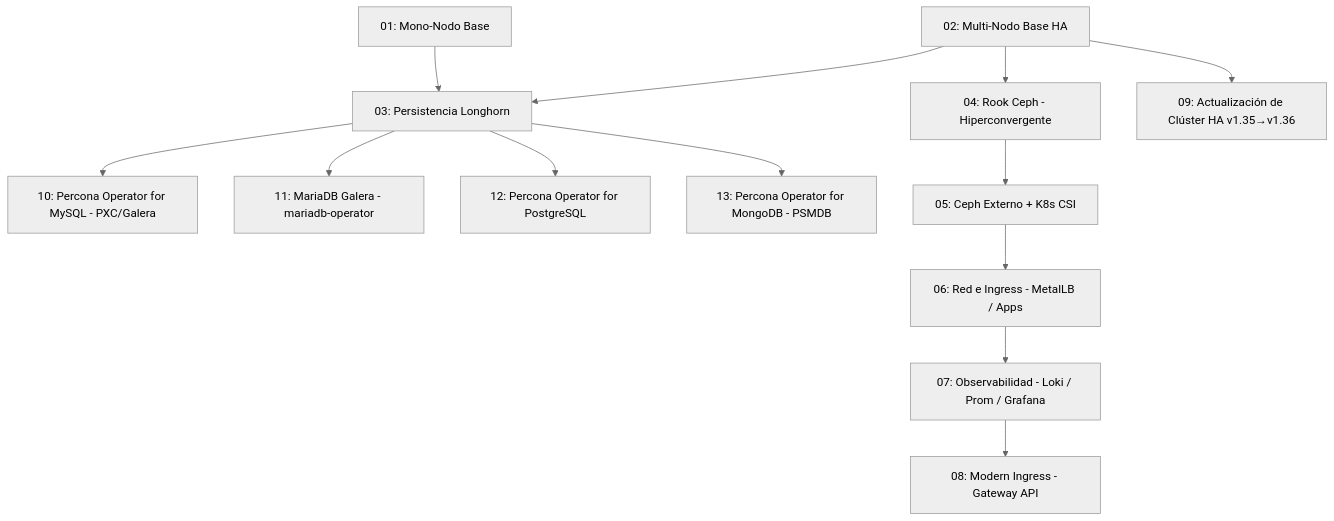
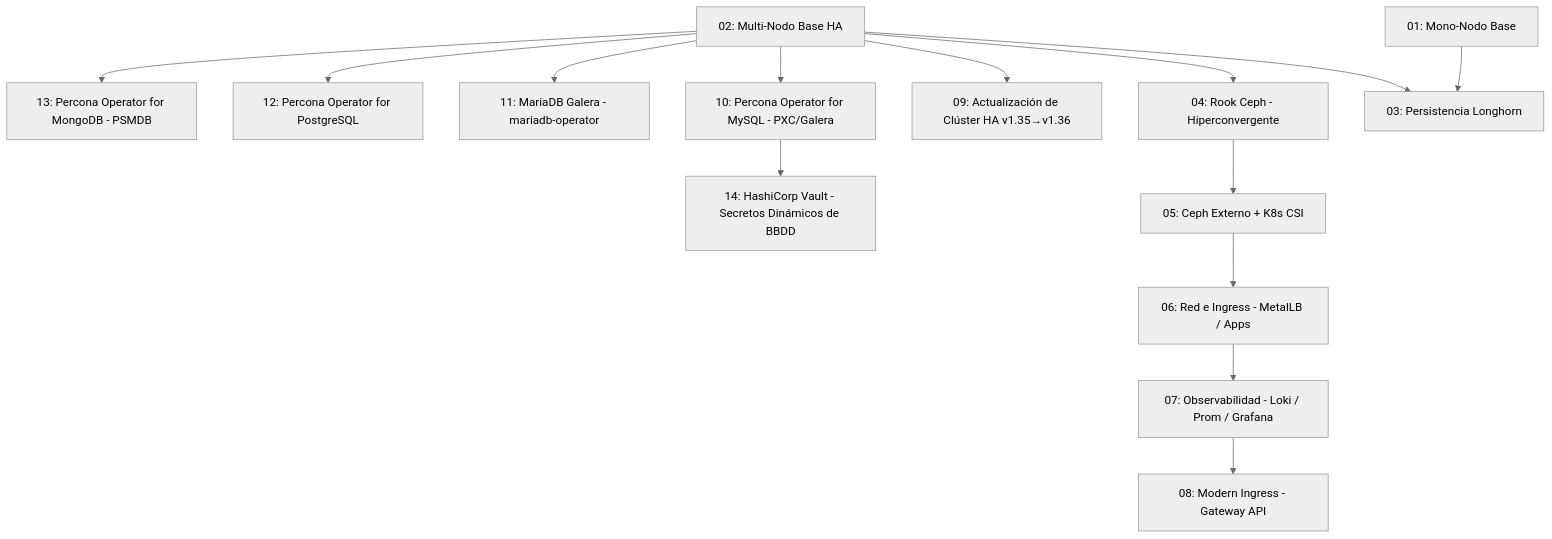
The diagram in ansible/PLAN.md (pepesan/ejemplos-kubernetes), drawn with Mermaid (neutral theme) before and after one commit. The commit also changed other lines of this file and 117 other files, not shown here.

First line of the commit message:
Añade laboratorios 10 (Percona XtraDB Cluster) y 11 (MariaDB Galera)

````diff
--- a/ansible/PLAN.md
+++ b/ansible/PLAN.md
@@ -37,15 +57,16 @@
 ```mermaid
 graph TD
     01[01: Mono-Nodo Base] --> 03[03: Persistencia Longhorn]
     02[02: Multi-Nodo Base HA] --> 03
     02 --> 04[04: Rook Ceph - Hiperconvergente]
     04 --> 05[05: Ceph Externo + K8s CSI]
     05 --> 06[06: Red e Ingress - MetalLB / Apps]
     06 --> 07[07: Observabilidad - Loki / Prom / Grafana]
     07 --> 08[08: Modern Ingress - Gateway API]
-    02 --> 09[09: Actualización de Clúster HA v1.35→v1.36]
-    03 --> 10[10: Percona Operator for MySQL - PXC/Galera]
-    03 --> 11[11: MariaDB Galera - mariadb-operator]
-    03 --> 12[12: Percona Operator for PostgreSQL]
-    03 --> 13[13: Percona Operator for MongoDB - PSMDB]
+    02 --> 09["09: Actualización de Clúster HA v1.35→v1.36"]
+    02 --> 10[10: Percona Operator for MySQL - PXC/Galera]
+    02 --> 11[11: MariaDB Galera - mariadb-operator]
+    02 --> 12[12: Percona Operator for PostgreSQL]
+    02 --> 13[13: Percona Operator for MongoDB - PSMDB]
+    10 --> 14[14: HashiCorp Vault - Secretos Dinámicos de BBDD]
 ```
````
